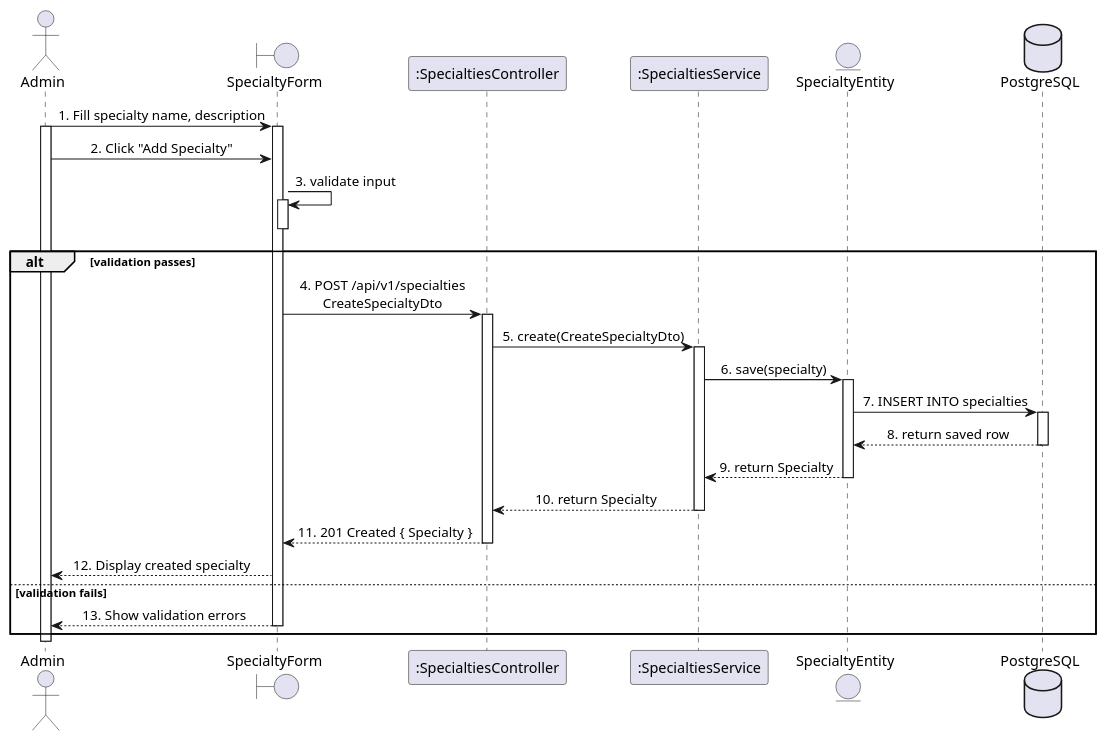
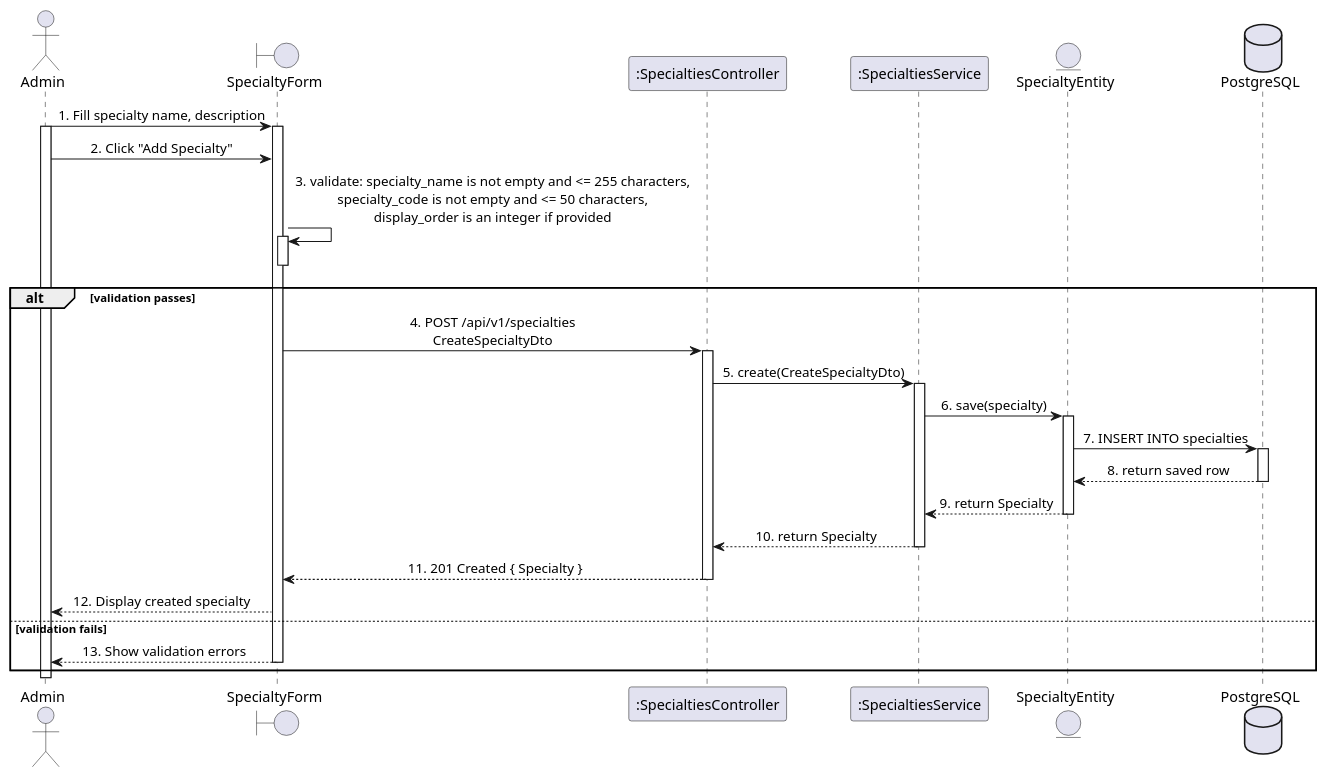
Before and after one commit to LTPPPP/Smart-Medical-Intelligent-Ledger-for-E-health-S.M.I.L.E-: the diagram in docs/sequence-diagram/UC63_AddSpecialty.puml, drawn with PlantUML. The commit also changed 31 other files, not shown here.

```diff
--- a/docs/sequence-diagram/UC63_AddSpecialty.puml
+++ b/docs/sequence-diagram/UC63_AddSpecialty.puml
@@ -1,49 +1,49 @@
 @startuml SequenceDiagram
 skinparam shadowing false
 skinparam sequenceMessageAlign center
 actor "Admin" as user
 boundary "SpecialtyForm" as page
 participant ":SpecialtiesController" as ctrl
 participant ":SpecialtiesService" as specSvc
 entity "SpecialtyEntity" as specEntity
 database "PostgreSQL" as db
 
 user -> page : 1. Fill specialty name, description
 activate user
 activate page
 
 user -> page : 2. Click "Add Specialty"
-page -> page : 3. validate input
+page -> page : 3. validate: specialty_name is not empty and <= 255 characters,\nspecialty_code is not empty and <= 50 characters,\ndisplay_order is an integer if provided
 activate page
 deactivate page
 alt validation passes
   page -> ctrl : 4. POST /api/v1/specialties\nCreateSpecialtyDto
   activate ctrl
 
   ctrl -> specSvc : 5. create(CreateSpecialtyDto)
   activate specSvc
 
   specSvc -> specEntity : 6. save(specialty)
   activate specEntity
   specEntity -> db : 7. INSERT INTO specialties
   activate db
   db --> specEntity : 8. return saved row
   deactivate db
   specEntity --> specSvc : 9. return Specialty
   deactivate specEntity
 
   specSvc --> ctrl : 10. return Specialty
 deactivate specSvc
   ctrl --> page : 11. 201 Created { Specialty }
 
 deactivate ctrl
   page --> user : 12. Display created specialty
 else validation fails
   page --> user : 13. Show validation errors
   deactivate page
 end
 
 
 deactivate user
 
 @enduml
```
